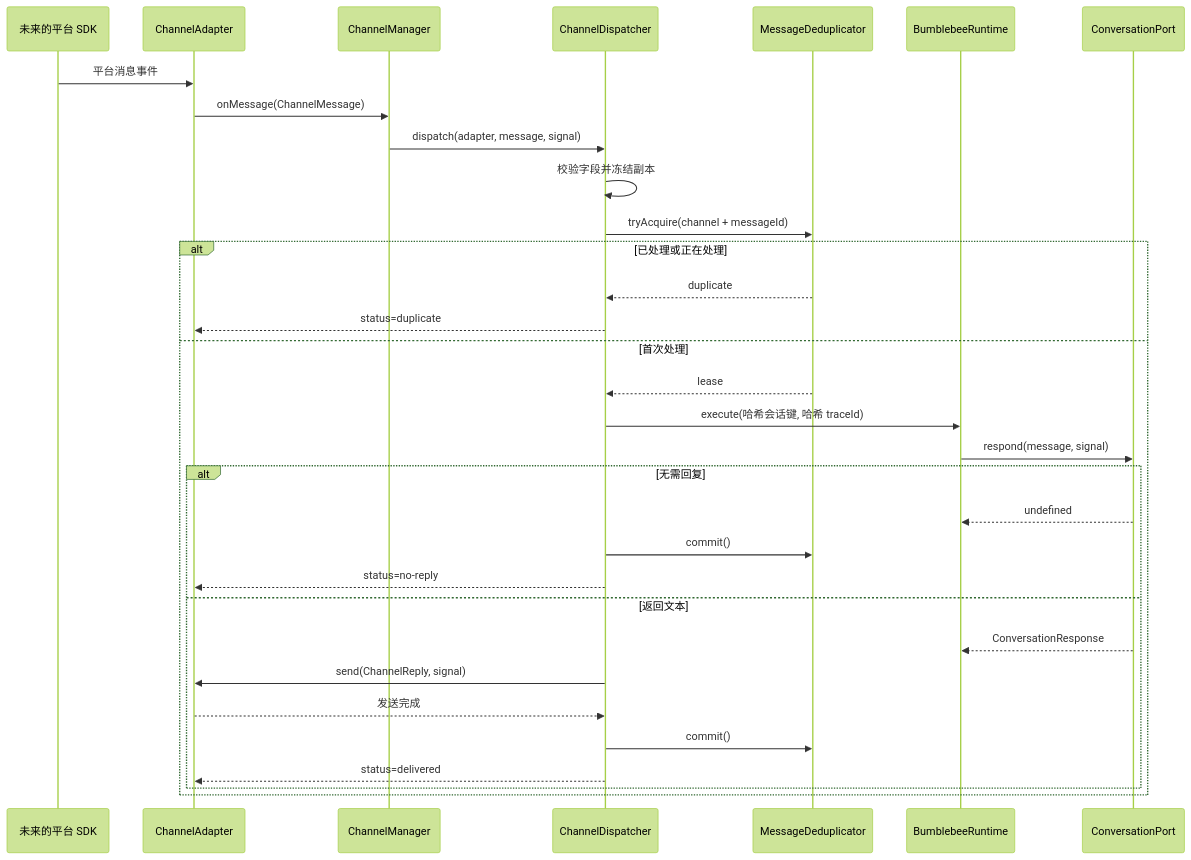
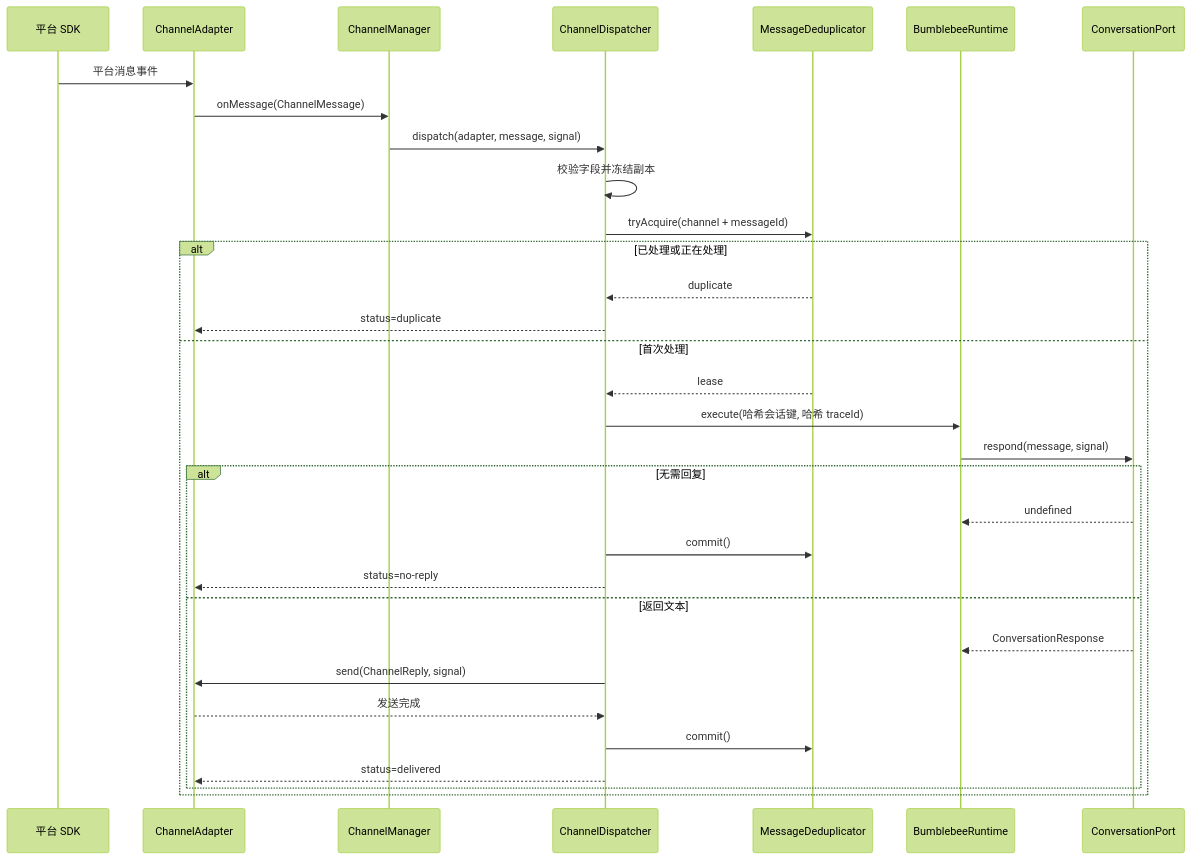
Before and after one commit to ReadNULL/Bumblebee: the seventh of 9 diagrams in README.md, drawn with Mermaid (forest theme). The commit also changed other lines of this file and 19 other files, not shown here.

````diff
--- a/README.md
+++ b/README.md
@@ -674,34 +690,34 @@
 ```mermaid
 sequenceDiagram
-  participant SDK as 未来的平台 SDK
+  participant SDK as 平台 SDK
   participant Adapter as ChannelAdapter
   participant Manager as ChannelManager
   participant Dispatcher as ChannelDispatcher
   participant Dedup as MessageDeduplicator
   participant Runtime as BumblebeeRuntime
   participant Conversation as ConversationPort
   SDK->>Adapter: 平台消息事件
   Adapter->>Manager: onMessage(ChannelMessage)
   Manager->>Dispatcher: dispatch(adapter, message, signal)
   Dispatcher->>Dispatcher: 校验字段并冻结副本
   Dispatcher->>Dedup: tryAcquire(channel + messageId)
   alt 已处理或正在处理
     Dedup-->>Dispatcher: duplicate
     Dispatcher-->>Adapter: status=duplicate
   else 首次处理
     Dedup-->>Dispatcher: lease
     Dispatcher->>Runtime: execute(哈希会话键, 哈希 traceId)
     Runtime->>Conversation: respond(message, signal)
     alt 无需回复
       Conversation-->>Runtime: undefined
       Dispatcher->>Dedup: commit()
       Dispatcher-->>Adapter: status=no-reply
     else 返回文本
       Conversation-->>Runtime: ConversationResponse
       Dispatcher->>Adapter: send(ChannelReply, signal)
       Adapter-->>Dispatcher: 发送完成
       Dispatcher->>Dedup: commit()
       Dispatcher-->>Adapter: status=delivered
     end
   end
 ```
````
